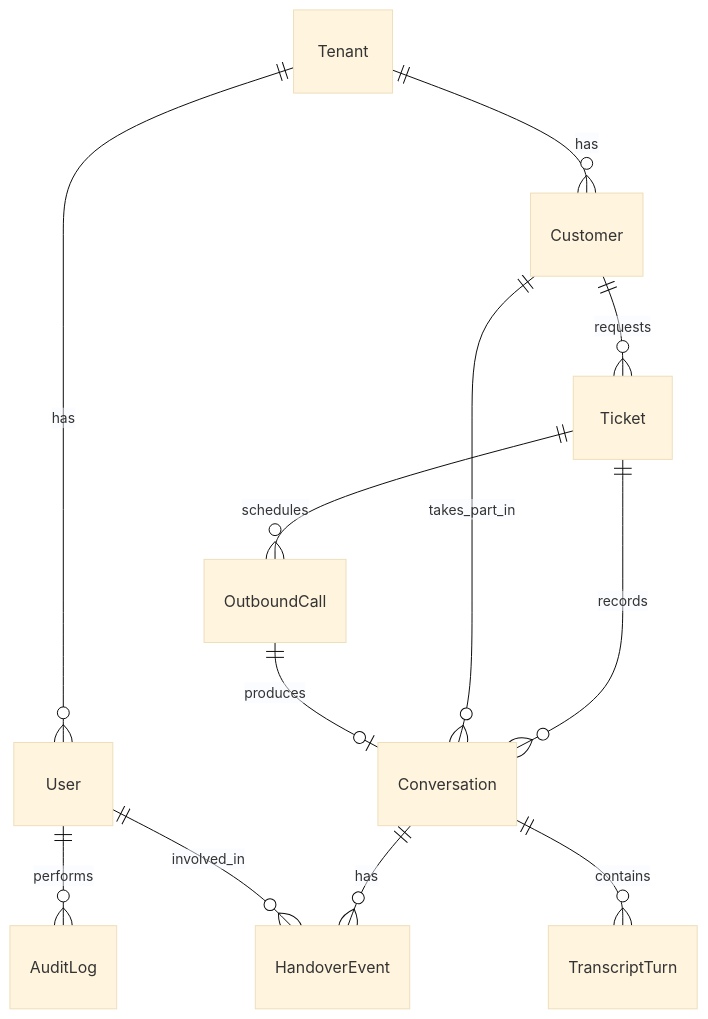
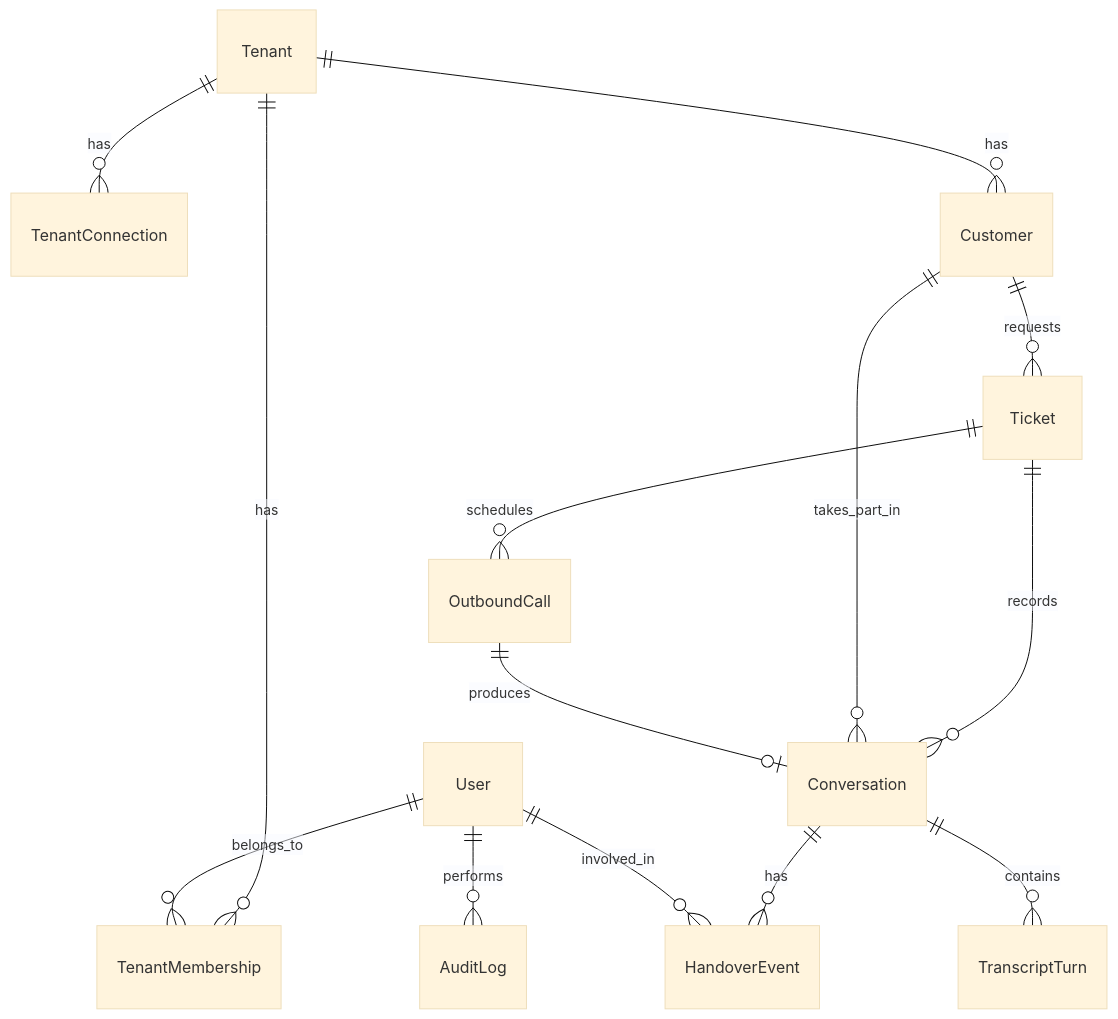
The diagram in docs/06-data-model.md (regeecasana/oneix), drawn with Mermaid (base theme) before and after one commit. The commit also changed other lines of this file and 7 other files, not shown here.

````diff
--- a/docs/06-data-model.md
+++ b/docs/06-data-model.md
@@ -7,14 +7,16 @@
 ```mermaid
 erDiagram
-  Tenant ||--o{ User : has
+  Tenant ||--o{ TenantConnection : has
+  Tenant ||--o{ TenantMembership : has
+  User ||--o{ TenantMembership : belongs_to
   Tenant ||--o{ Customer : has
   Customer ||--o{ Ticket : requests
   Ticket ||--o{ Conversation : records
   Customer ||--o{ Conversation : takes_part_in
   Conversation ||--o{ TranscriptTurn : contains
   Conversation ||--o{ HandoverEvent : has
   User ||--o{ HandoverEvent : involved_in
   Ticket ||--o{ OutboundCall : schedules
   OutboundCall ||--o| Conversation : produces
   User ||--o{ AuditLog : performs
 ```
````
